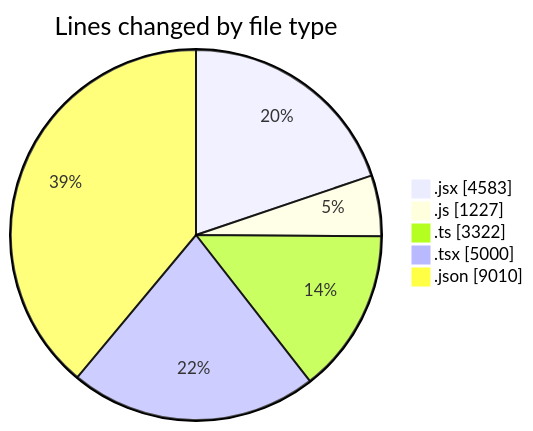
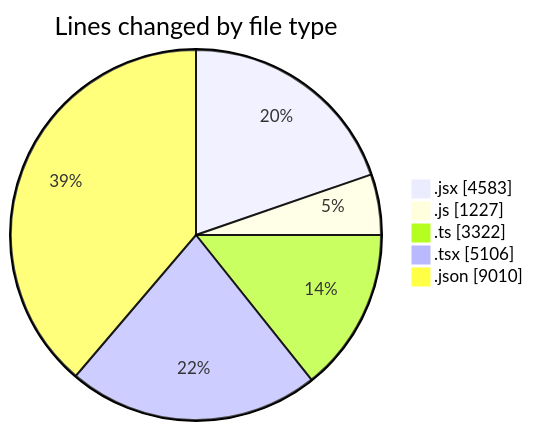
The first of 2 diagrams in 2026-01-21/nxtqube_webapp/README.md (nxtqubesakshisongat/code-tracking), drawn with Mermaid before and after one commit. The commit also changed other lines of this file and 1 other file, not shown here.

````diff
--- a/2026-01-21/nxtqube_webapp/README.md
+++ b/2026-01-21/nxtqube_webapp/README.md
@@ -32,9 +34,9 @@
 ```mermaid
 pie showData
 title Lines changed by file type
 ".jsx" : 4583
 ".js" : 1227
 ".ts" : 3322
-".tsx" : 5000
+".tsx" : 5106
 ".json" : 9010
 ```
````
